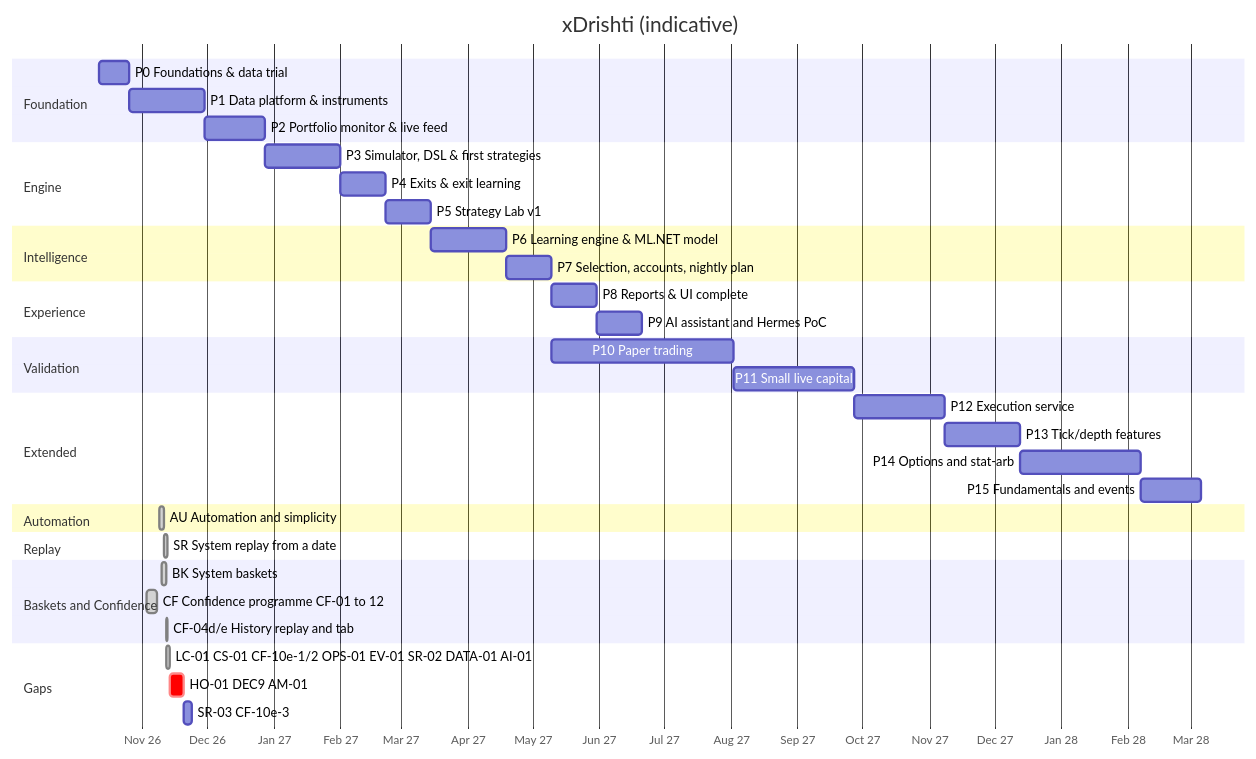
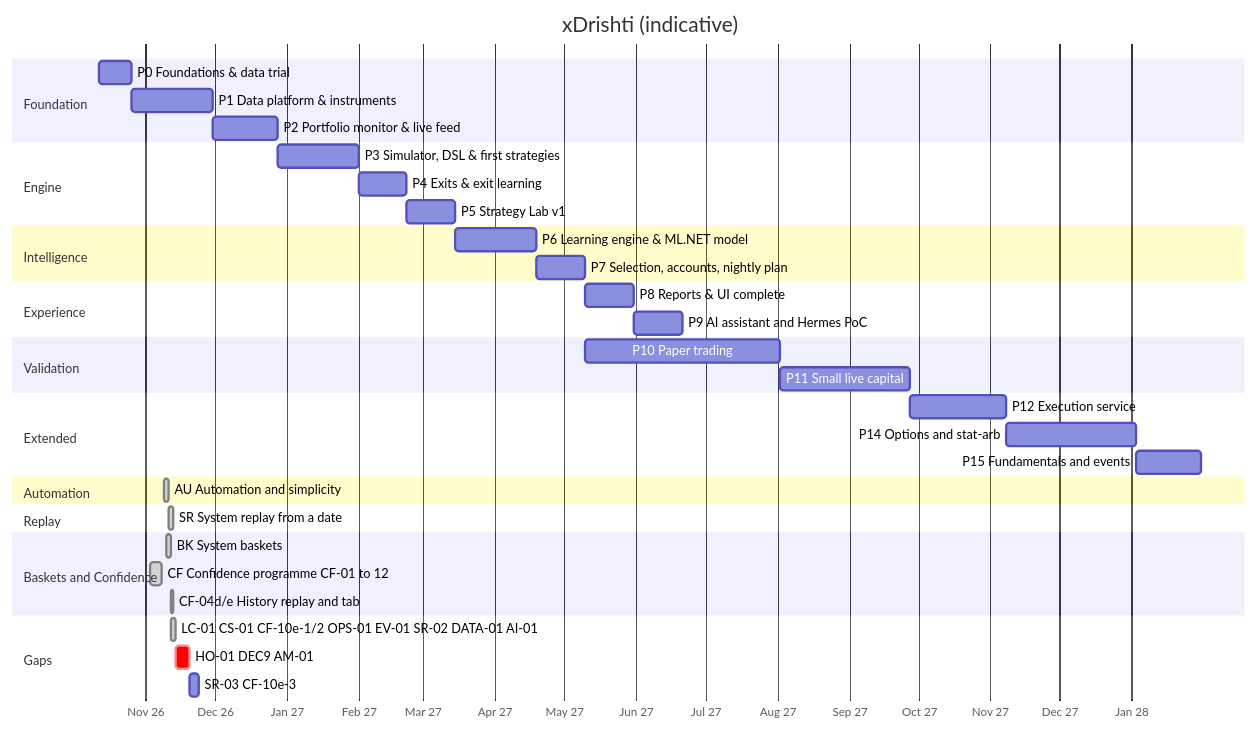
One commit to hemsingh81/xDrishti changed the diagram in docs/design/18-roadmap.md. Above: the diagram before and after it, drawn with Mermaid. The commit also changed other lines of this file and 155 other files, not shown here.

Commit message:
Drop P13: remove the depth and tick recorders, drop their tables, keep the feature-set comparison core (ADR 0288)

````diff
--- a/docs/design/18-roadmap.md
+++ b/docs/design/18-roadmap.md
@@ -6,40 +6,39 @@
 ```mermaid
 gantt
     dateFormat  YYYY-MM-DD
     axisFormat  %b %y
     title xDrishti (indicative)
     section Foundation
     P0 Foundations & data trial          :p0, 2026-10-12, 2w
     P1 Data platform & instruments       :p1, after p0, 5w
     P2 Portfolio monitor & live feed     :p2, after p1, 4w
     section Engine
     P3 Simulator, DSL & first strategies :p3, after p2, 5w
     P4 Exits & exit learning             :p4, after p3, 3w
     P5 Strategy Lab v1                   :p5, after p4, 3w
     section Intelligence
     P6 Learning engine & ML.NET model    :p6, after p5, 5w
     P7 Selection, accounts, nightly plan :p7, after p6, 3w
     section Experience
     P8 Reports & UI complete             :p8, after p7, 3w
     P9 AI assistant and Hermes PoC       :p9, after p8, 3w
     section Validation
     P10 Paper trading                    :p10, after p7, 12w
     P11 Small live capital               :p11, after p10, 8w
     section Extended
     P12 Execution service                :p12, after p11, 6w
-    P13 Tick/depth features              :p13, after p12, 5w
-    P14 Options and stat-arb             :p14, after p13, 8w
+    P14 Options and stat-arb             :p14, after p12, 8w
     P15 Fundamentals and events          :p15, after p14, 4w
     section Automation
     AU Automation and simplicity         :done, au, 2026-11-09, 2d
     section Replay
     SR System replay from a date         :done, sr, 2026-11-11, 2d
     section Baskets and Confidence
     BK System baskets                    :done, bk, 2026-11-10, 2d
     CF Confidence programme CF-01 to 12  :done, cf, 2026-11-03, 5d
     CF-04d/e History replay and tab      :done, cf04, 2026-11-12, 1d
     section Gaps
     LC-01 CS-01 CF-10e-1/2 OPS-01 EV-01 SR-02 DATA-01 AI-01 :done, gap0, 2026-11-12, 2d
     HO-01 DEC9 AM-01                     :crit, gap1, 2026-11-14, 6d
     SR-03 CF-10e-3                       :gap2, after gap1, 4d
 ```
````
